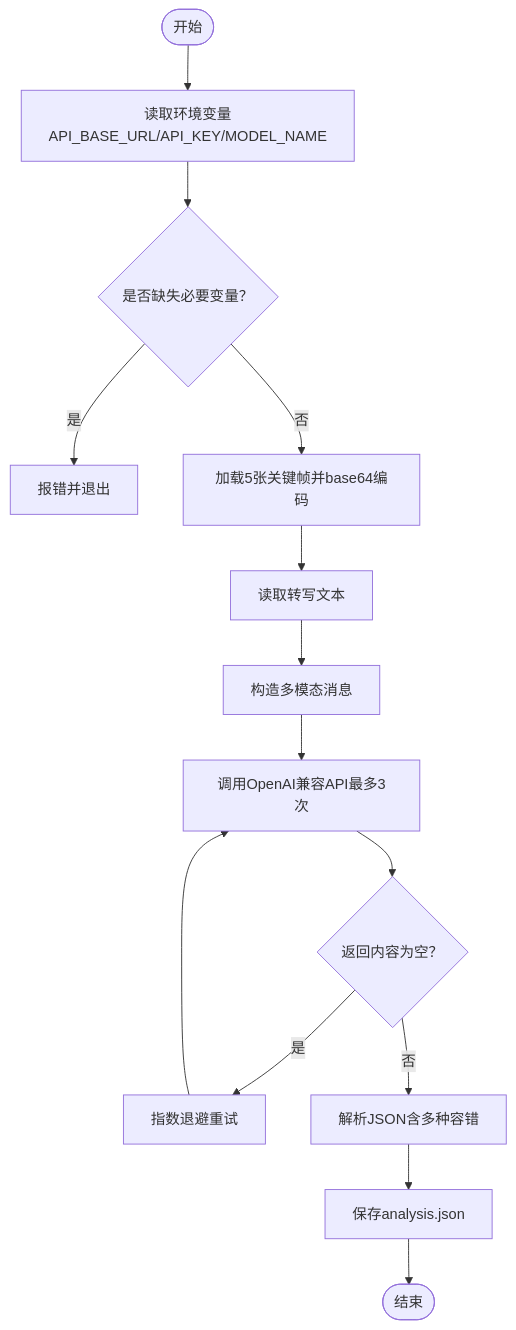
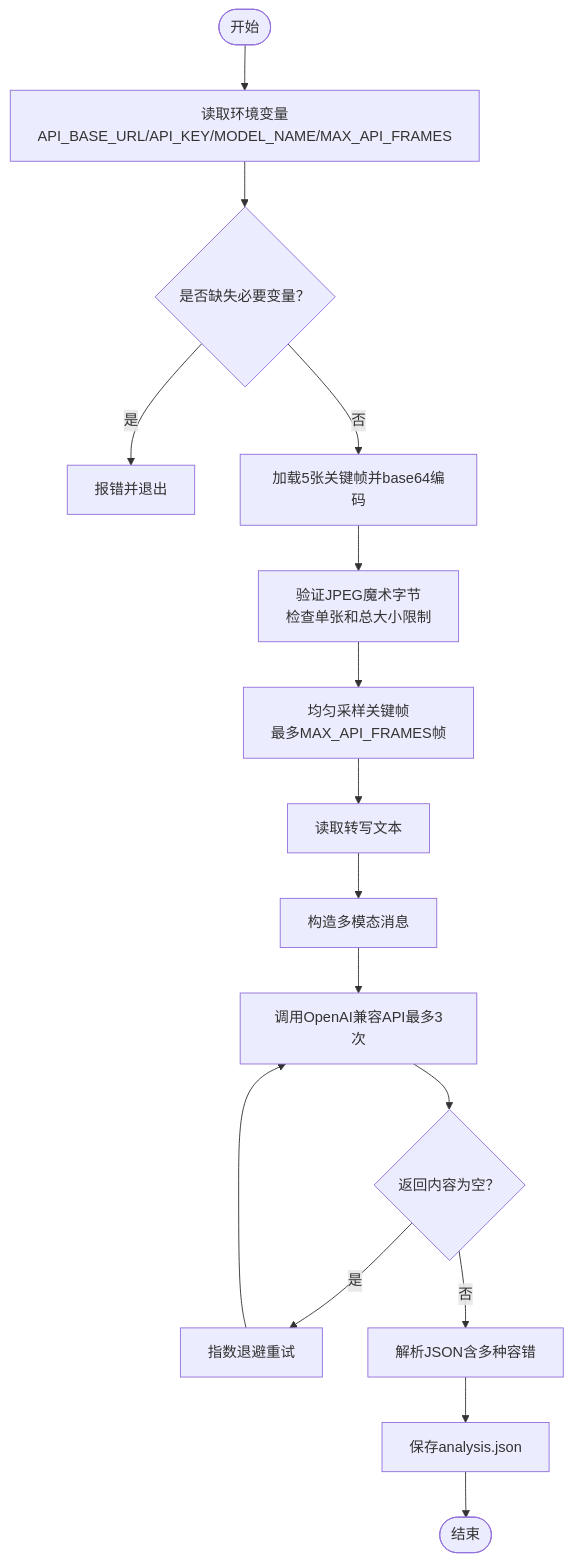
The third of 6 diagrams in .qoder/repowiki/zh/content/配置和定制/API配置.md (WongMingJiu/landingpage-test-hero-page), drawn with Mermaid before and after one commit. The commit also changed other lines of this file and 5 other files, not shown here.

Commit message:
feat: 更新 skill 支持双模式（视频分析+生图），更新 README

````diff
--- a/.qoder/repowiki/zh/content/配置和定制/API配置.md
+++ b/.qoder/repowiki/zh/content/配置和定制/API配置.md
@@ -151,16 +175,18 @@
 ```mermaid
 flowchart TD
-Start(["开始"]) --> LoadEnv["读取环境变量<br/>API_BASE_URL/API_KEY/MODEL_NAME"]
+Start(["开始"]) --> LoadEnv["读取环境变量<br/>API_BASE_URL/API_KEY/MODEL_NAME/MAX_API_FRAMES"]
 LoadEnv --> CheckEnv{"是否缺失必要变量？"}
 CheckEnv --> |是| ExitErr["报错并退出"]
 CheckEnv --> |否| LoadFrames["加载5张关键帧并base64编码"]
-LoadFrames --> LoadTranscript["读取转写文本"]
+LoadFrames --> ValidateFrames["验证JPEG魔术字节<br/>检查单张和总大小限制"]
+ValidateFrames --> SampleFrames["均匀采样关键帧<br/>最多MAX_API_FRAMES帧"]
+SampleFrames --> LoadTranscript["读取转写文本"]
 LoadTranscript --> BuildMsg["构造多模态消息"]
 BuildMsg --> CallAPI["调用OpenAI兼容API最多3次"]
 CallAPI --> RespEmpty{"返回内容为空？"}
 RespEmpty --> |是| Retry["指数退避重试"]
 Retry --> CallAPI
 RespEmpty --> |否| Parse["解析JSON含多种容错"]
 Parse --> Save["保存analysis.json"]
 Save --> End(["结束"])
 ```
````
